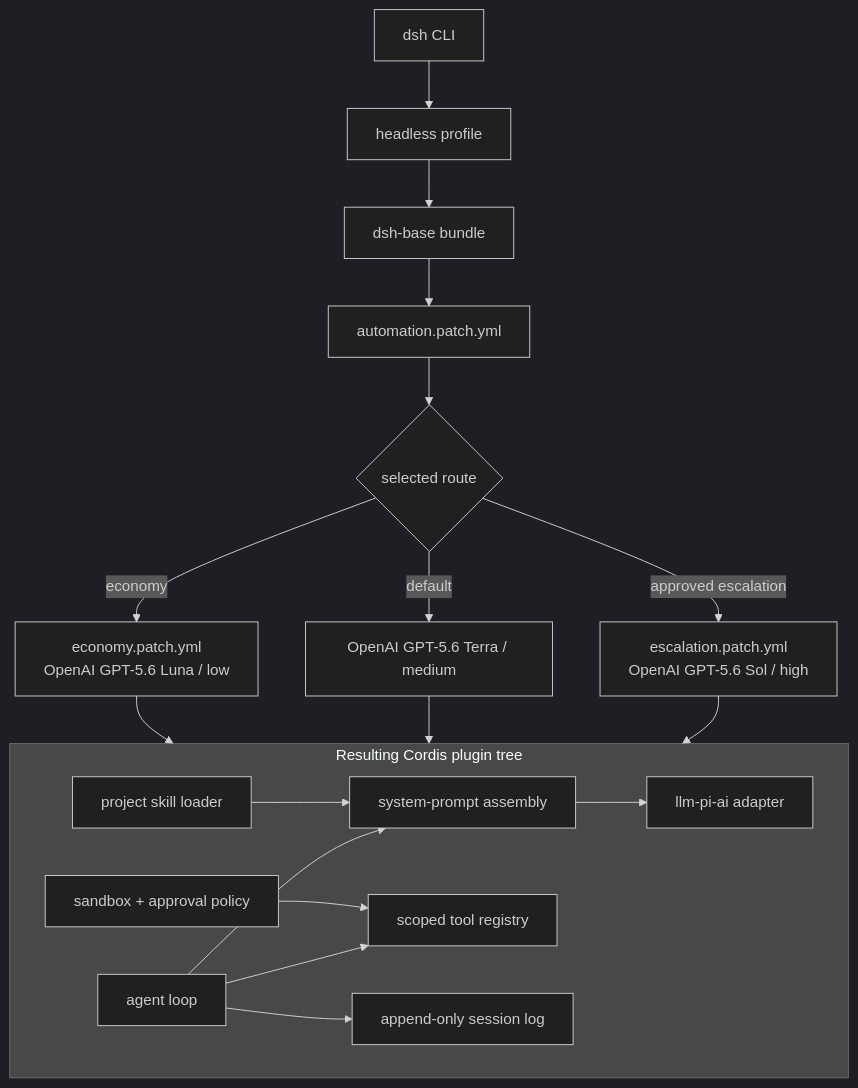
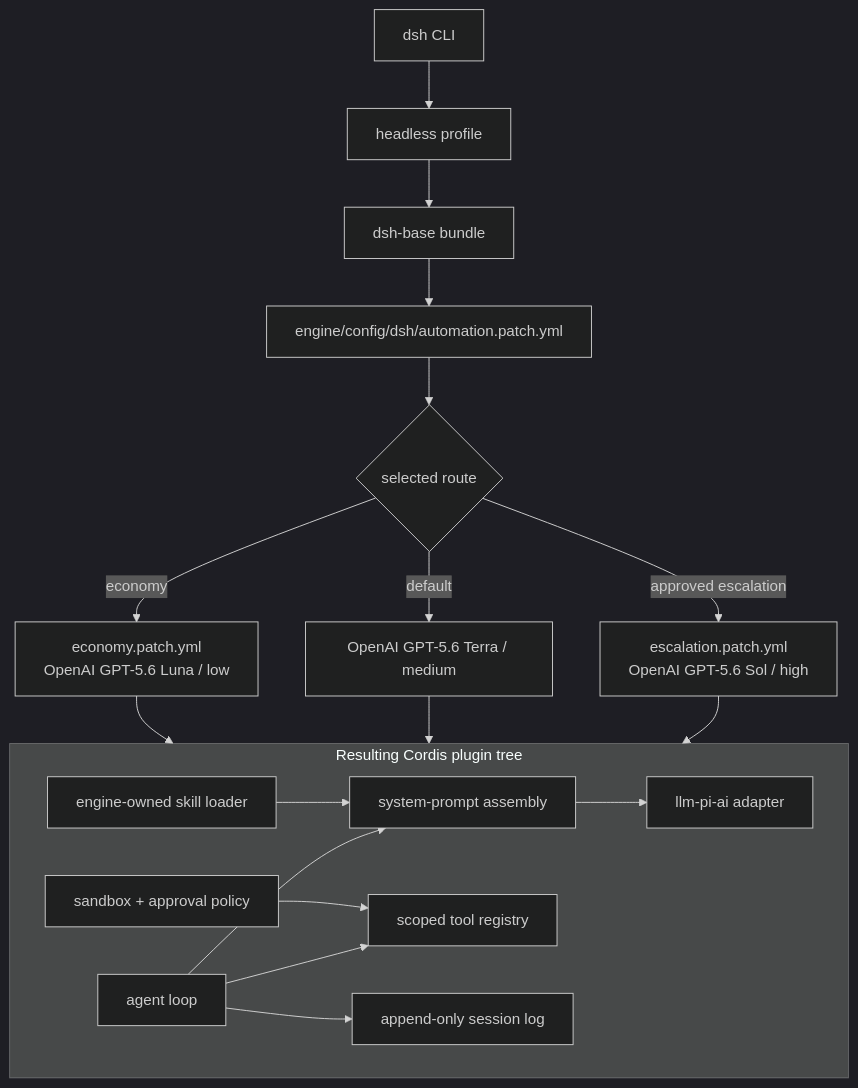
The fourth of 6 diagrams in README.md (sergiofigueras/vtex-coding-challenge), drawn with Mermaid (dark theme) before and after one commit. The commit also changed other lines of this file and 81 other files, not shown here.

First line of the commit message:
Extract reusable multi-project SDD engine

````diff
--- a/README.md
+++ b/README.md
@@ -101,29 +134,29 @@
 ```mermaid
 flowchart TB
   CLI["dsh CLI"] --> PROFILE["headless profile"]
   PROFILE --> BASE["dsh-base bundle"]
-  BASE --> PROJECT["automation.patch.yml"]
+  BASE --> PROJECT["engine/config/dsh/automation.patch.yml"]
   PROJECT --> ROUTE{"selected route"}
   ROUTE -->|economy| LUNA["economy.patch.yml<br/>OpenAI GPT-5.6 Luna / low"]
   ROUTE -->|default| TERRA["OpenAI GPT-5.6 Terra / medium"]
   ROUTE -->|approved escalation| SOL["escalation.patch.yml<br/>OpenAI GPT-5.6 Sol / high"]
 
   subgraph TREE["Resulting Cordis plugin tree"]
     LOOP["agent loop"]
     PROMPT["system-prompt assembly"]
     LLM["llm-pi-ai adapter"]
     TOOLS["scoped tool registry"]
     SESSION["append-only session log"]
     POLICY["sandbox + approval policy"]
-    SKILLS["project skill loader"]
+    SKILLS["engine-owned skill loader"]
   end
 
   LUNA --> TREE
   TERRA --> TREE
   SOL --> TREE
   LOOP --> PROMPT --> LLM
   LOOP --> TOOLS
   LOOP --> SESSION
   POLICY --> TOOLS
   SKILLS --> PROMPT
 ```
````
